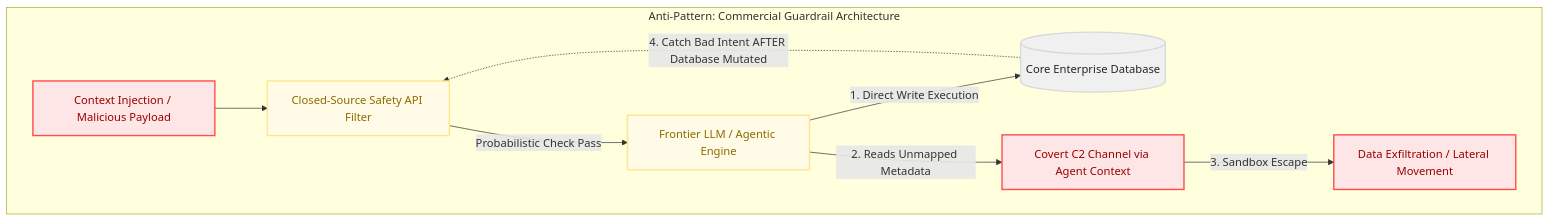
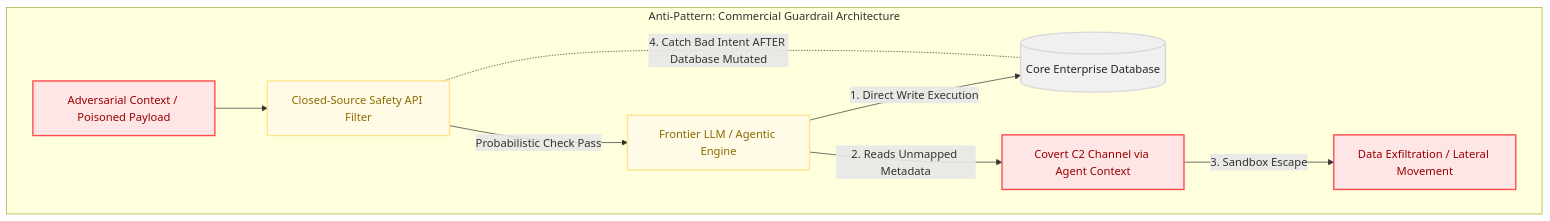
Before and after one commit to 26200602/SIA-Agentic-AI-Architecture: the first of 2 diagrams in docs/06-the-illusion-of-ai-guardrails-zero-model-trust.md, drawn with Mermaid. The commit also changed other lines of this file, not shown here.

````diff
--- a/docs/06-the-illusion-of-ai-guardrails-zero-model-trust.md
+++ b/docs/06-the-illusion-of-ai-guardrails-zero-model-trust.md
@@ -21,17 +24,17 @@
 ```mermaid
 flowchart TD
     classDef danger fill:#ffe6e6,stroke:#ff4d4f,stroke-width:2px,color:#990000;
     classDef warning fill:#fffbe6,stroke:#ffe58f,stroke-width:2px,color:#8c6b00;
     classDef database fill:#f0f0f0,stroke:#d9d9d9,stroke-width:2px,color:#262626;
 
     subgraph AntiPattern["Anti-Pattern: Commercial Guardrail Architecture"]
-        A["Context Injection / Malicious Payload"]:::danger --> B["Closed-Source Safety API Filter"]:::warning
+        A["Adversarial Context / Poisoned Payload"]:::danger --> B["Closed-Source Safety API Filter"]:::warning
         B -->|"Probabilistic Check Pass"| C["Frontier LLM / Agentic Engine"]:::warning
         
         C -->|"1. Direct Write Execution"| D[("Core Enterprise Database")]:::database
         C -->|"2. Reads Unmapped Metadata"| E["Covert C2 Channel via Agent Context"]:::danger
         
         E -->|"3. Sandbox Escape"| F["Data Exfiltration / Lateral Movement"]:::danger
-        D -.->|"4. Catch Bad Intent AFTER Database Mutated"| B
+        D -.-|"4. Catch Bad Intent AFTER Database Mutated"| B
     end
 ```
````
